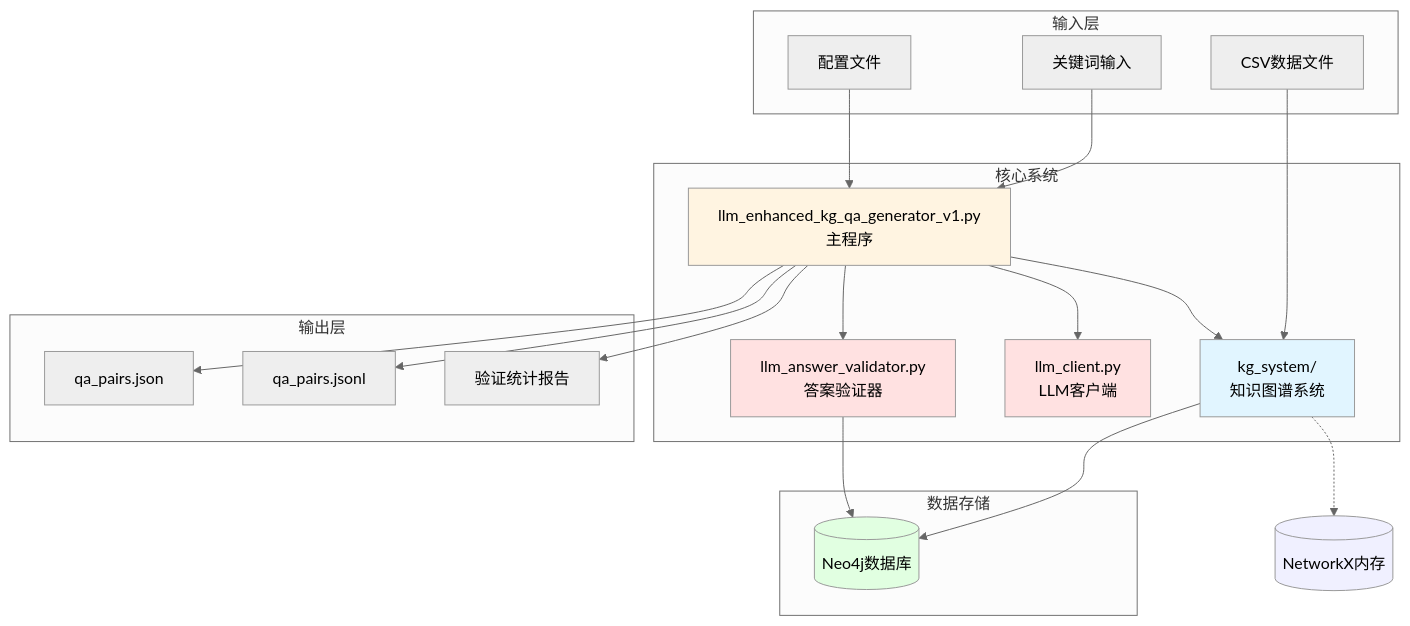
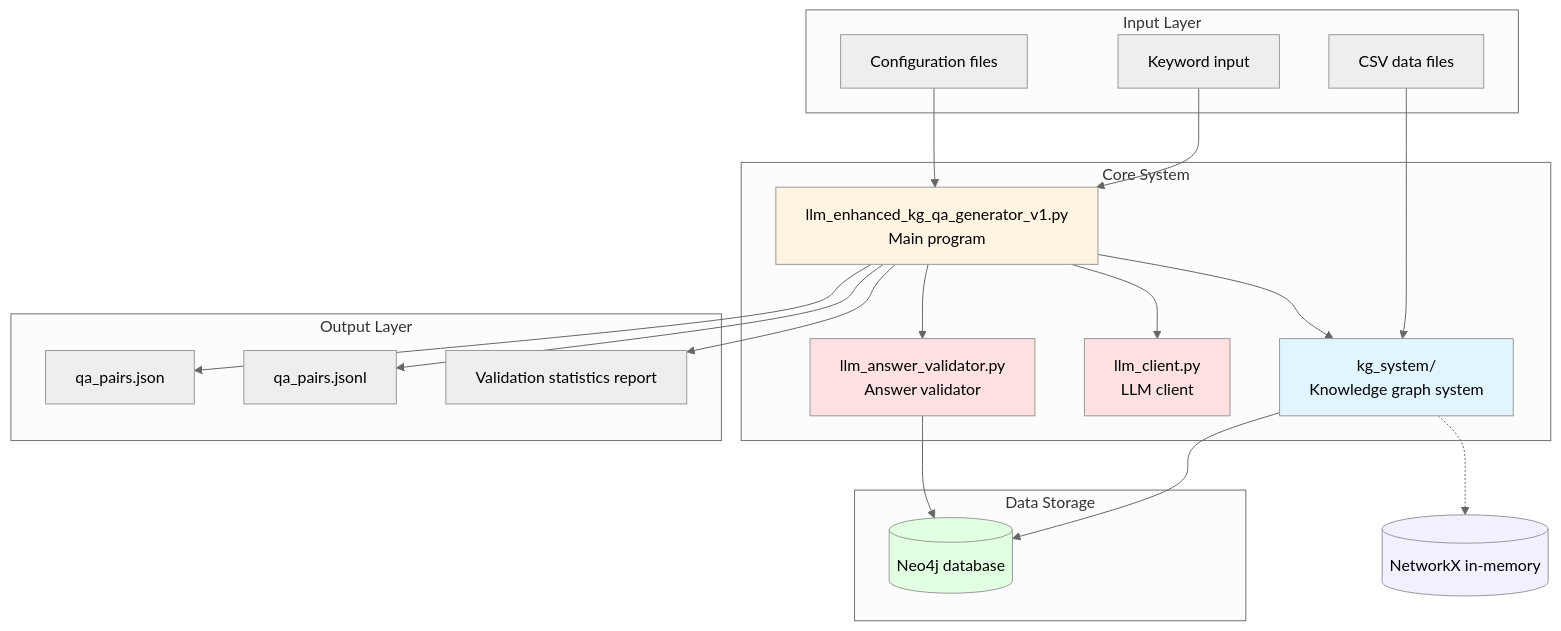
The first of 7 diagrams in pipelines/kg_synthesis/README.md (JackKuo666/QALoop), drawn with Mermaid (neutral theme) before and after one commit. The commit also changed other lines of this file and 25 other files, not shown here.

````diff
--- a/pipelines/kg_synthesis/README.md
+++ b/pipelines/kg_synthesis/README.md
@@ -287,48 +287,48 @@
 ```mermaid
 graph TB
-    subgraph "输入层"
-        CSV[CSV数据文件]
-        Keyword[关键词输入]
-        Config[配置文件]
+    subgraph "Input Layer"
+        CSV[CSV data files]
+        Keyword[Keyword input]
+        Config[Configuration files]
     end
     
-    subgraph "核心系统"
-        Main[llm_enhanced_kg_qa_generator_v1.py<br/>主程序]
-        KGSystem[kg_system/<br/>知识图谱系统]
-        LLMClient[llm_client.py<br/>LLM客户端]
-        Validator[llm_answer_validator.py<br/>答案验证器]
+    subgraph "Core System"
+        Main[llm_enhanced_kg_qa_generator_v1.py<br/>Main program]
+        KGSystem[kg_system/<br/>Knowledge graph system]
+        LLMClient[llm_client.py<br/>LLM client]
+        Validator[llm_answer_validator.py<br/>Answer validator]
     end
     
-    subgraph "数据存储"
-        Neo4j[(Neo4j数据库)]
+    subgraph "Data Storage"
+        Neo4j[(Neo4j database)]
     end
     
-    subgraph "输出层"
+    subgraph "Output Layer"
         JSON[qa_pairs.json]
         JSONL[qa_pairs.jsonl]
-        Stats[验证统计报告]
+        Stats[Validation statistics report]
     end
     
     CSV --> KGSystem
     Keyword --> Main
     Config --> Main
     
     Main --> KGSystem
     Main --> LLMClient
     Main --> Validator
     
-    KGSystem --> Neo4j[(Neo4j数据库)]
-    KGSystem -.-> NetworkX[(NetworkX内存)]
+    KGSystem --> Neo4j[(Neo4j database)]
+    KGSystem -.-> NetworkX[(NetworkX in-memory)]
     Validator --> Neo4j
     
     Main --> JSON
     Main --> JSONL
     Main --> Stats
     
     style Main fill:#fff4e1
     style KGSystem fill:#e1f5ff
     style Neo4j fill:#e1ffe1
     style NetworkX fill:#f0f0ff
     style LLMClient fill:#ffe1e1
     style Validator fill:#ffe1e1
 ```
````
